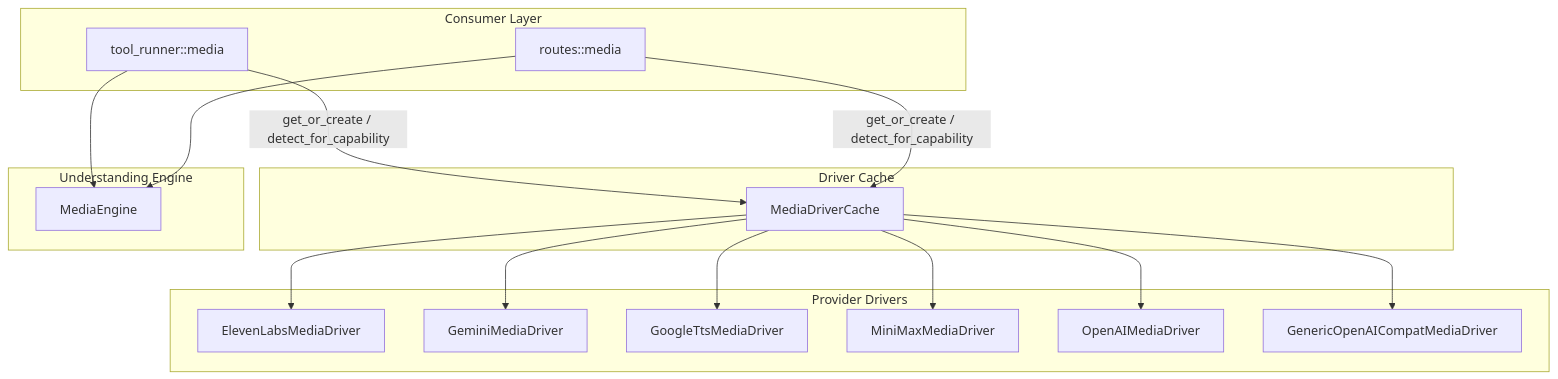
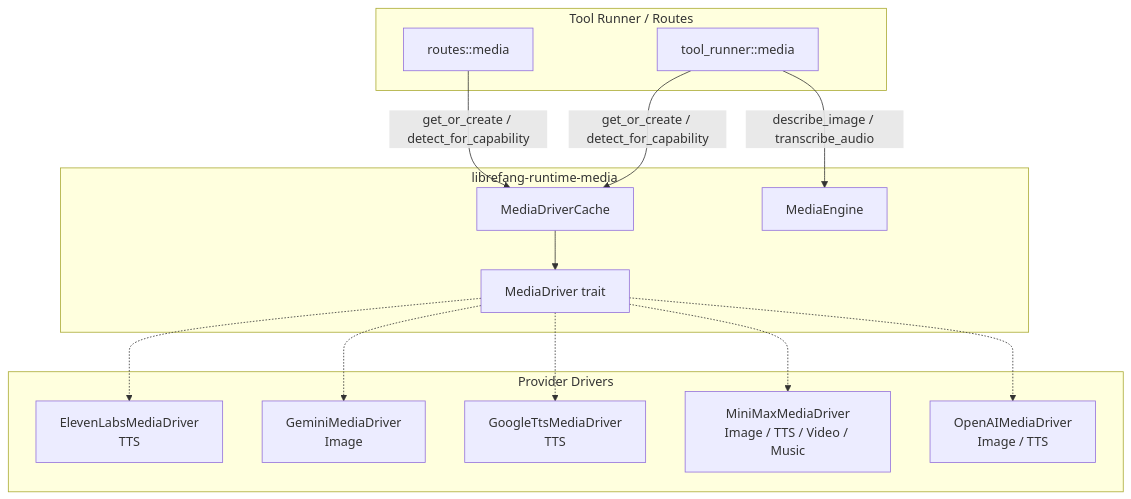
One commit to leszek3737/librefang-WIki changed the diagram in agent-runtime-librefang-runtime-media-src.md. Above: the diagram before and after it, drawn with Mermaid. The commit also changed other lines of this file and 119 other files, not shown here.

````diff
--- a/agent-runtime-librefang-runtime-media-src.md
+++ b/agent-runtime-librefang-runtime-media-src.md
@@ -9,30 +9,31 @@
 ```mermaid
 graph TD
-    subgraph "Consumer Layer"
-        A[tool_runner::media]
-        B[routes::media]
+    subgraph "Tool Runner / Routes"
+        TR["tool_runner::media"]
+        RT["routes::media"]
     end
 
-    subgraph "Driver Cache"
-        C[MediaDriverCache]
+    subgraph "librefang-runtime-media"
+        MDC["MediaDriverCache"]
+        MD["MediaDriver trait"]
+        ME["MediaEngine"]
     end
 
     subgraph "Provider Drivers"
-        D[ElevenLabsMediaDriver]
-        E[GeminiMediaDriver]
-        F[GoogleTtsMediaDriver]
-        G[MiniMaxMediaDriver]
-        H[OpenAIMediaDriver]
-        I[GenericOpenAICompatMediaDriver]
+        EL["ElevenLabsMediaDriver<br/>TTS"]
+        GM["GeminiMediaDriver<br/>Image"]
+        GT["GoogleTtsMediaDriver<br/>TTS"]
+        MM["MiniMaxMediaDriver<br/>Image / TTS / Video / Music"]
+        OA["OpenAIMediaDriver<br/>Image / TTS"]
     end
 
-    subgraph "Understanding Engine"
-        J[MediaEngine]
-    end
-
-    A -->|get_or_create / detect_for_capability| C
-    B -->|get_or_create / detect_for_capability| C
-    C --> D & E & F & G & H & I
-    A --> J
-    B --> J
+    TR -->|"get_or_create / detect_for_capability"| MDC
+    RT -->|"get_or_create / detect_for_capability"| MDC
+    MDC --> MD
+    MD -.-> EL
+    MD -.-> GM
+    MD -.-> GT
+    MD -.-> MM
+    MD -.-> OA
+    TR -->|"describe_image / transcribe_audio"| ME
 ```
````
